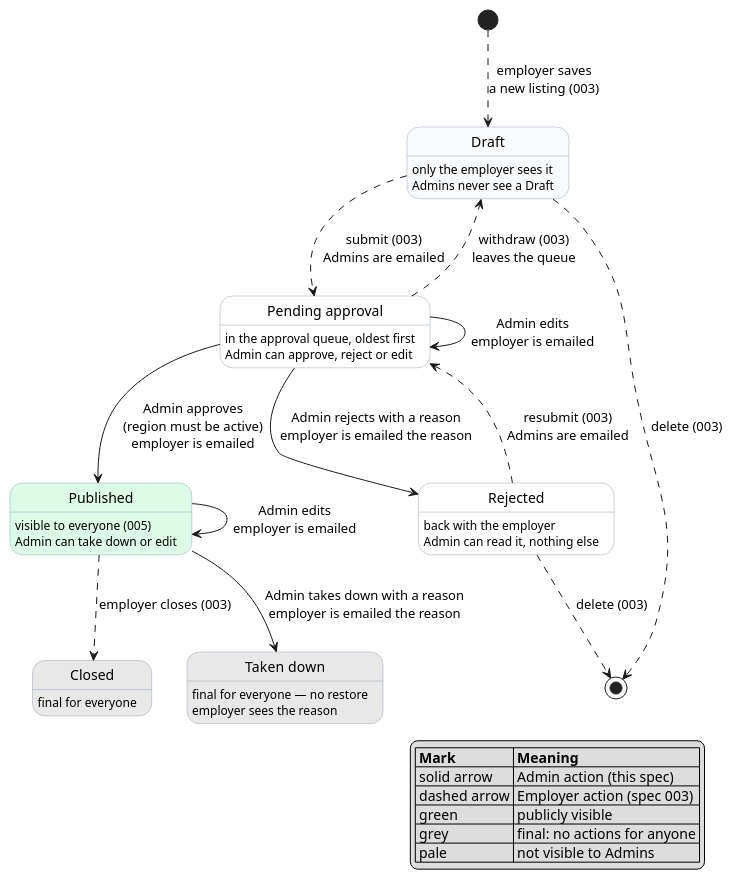
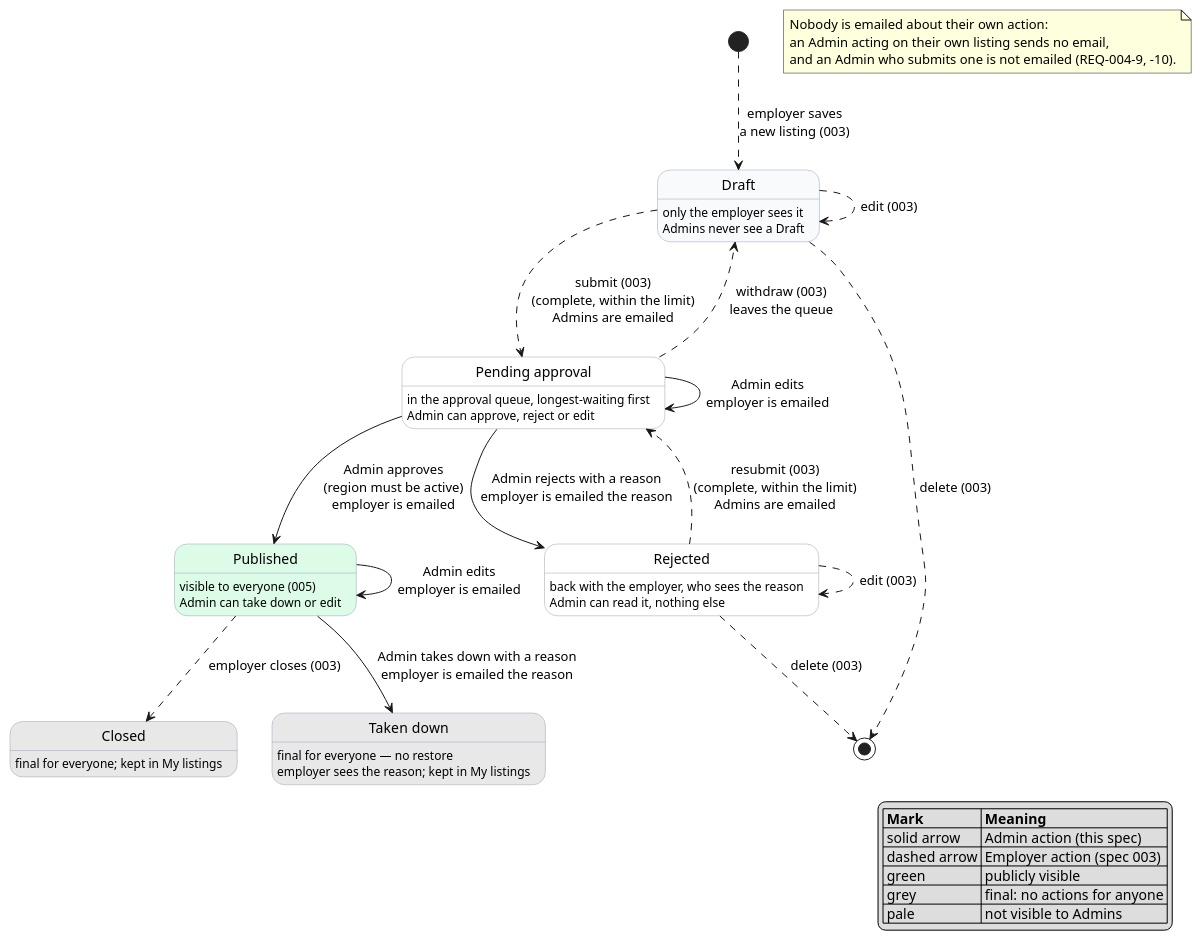
Before and after one commit to raseniero/jairojobs-elixir: the diagram in docs/specs/004-listings-admin-moderation/diagrams/state-listing.puml, drawn with PlantUML. The commit also changed 12 other files, not shown here.

Commit message:
docs(spec 004): align the six diagrams with the requirements after a scenario-by-scenario check

```diff
--- a/docs/specs/004-listings-admin-moderation/diagrams/state-listing.puml
+++ b/docs/specs/004-listings-admin-moderation/diagrams/state-listing.puml
@@ -1,59 +1,67 @@
 @startuml state-listing
 ' Spec 004 — listing lifecycle, extended from spec 003's diagram of the same name.
 ' Must agree with REQ-004-5..8 here and with REQ-003-5..11 in spec 003.
 ' Solid arrows: Admin actions, specified in spec 004.
 ' Dashed arrows: Employer actions, specified in spec 003 (drawn here so the picture is whole).
 
 hide empty description
 skinparam state {
   BackgroundColor white
   BackgroundColor<<public>> #dcfce7
   BackgroundColor<<done>> #E8E8E8
   BackgroundColor<<unseen>> #f8fafc
   BorderColor #94a3b8
 }
 
 state "Draft" as Draft <<unseen>>
 state "Pending approval" as Pending
 state "Published" as Published <<public>>
 state "Rejected" as Rejected
 state "Closed" as Closed <<done>>
 state "Taken down" as TakenDown <<done>>
 
 [*] -[dashed]-> Draft : employer saves\na new listing (003)
 Draft : only the employer sees it
 Draft : Admins never see a Draft
-Draft -[dashed]-> Pending : submit (003)\nAdmins are emailed
+Draft -[dashed]-> Draft : edit (003)
+Draft -[dashed]-> Pending : submit (003)\n(complete, within the limit)\nAdmins are emailed
 Draft -[dashed]-> [*] : delete (003)
 
-Pending : in the approval queue, oldest first
+Pending : in the approval queue, longest-waiting first
 Pending : Admin can approve, reject or edit
 Pending -[dashed]-> Draft : withdraw (003)\nleaves the queue
 Pending --> Published : Admin approves\n(region must be active)\nemployer is emailed
 Pending --> Rejected : Admin rejects with a reason\nemployer is emailed the reason
 Pending --> Pending : Admin edits\nemployer is emailed
 
-Rejected : back with the employer
+Rejected : back with the employer, who sees the reason
 Rejected : Admin can read it, nothing else
-Rejected -[dashed]-> Pending : resubmit (003)\nAdmins are emailed
+Rejected -[dashed]-> Rejected : edit (003)
+Rejected -[dashed]-> Pending : resubmit (003)\n(complete, within the limit)\nAdmins are emailed
 Rejected -[dashed]-> [*] : delete (003)
 
 Published : visible to everyone (005)
 Published : Admin can take down or edit
 Published -[dashed]-> Closed : employer closes (003)
 Published --> TakenDown : Admin takes down with a reason\nemployer is emailed the reason
 Published --> Published : Admin edits\nemployer is emailed
 
-Closed : final for everyone
+Closed : final for everyone; kept in My listings
 TakenDown : final for everyone — no restore
-TakenDown : employer sees the reason
+TakenDown : employer sees the reason; kept in My listings
 
 legend right
   |= Mark |= Meaning |
   | solid arrow | Admin action (this spec) |
   | dashed arrow | Employer action (spec 003) |
   | green | publicly visible |
   | grey | final: no actions for anyone |
   | pale | not visible to Admins |
 endlegend
+
+note as N1
+  Nobody is emailed about their own action:
+  an Admin acting on their own listing sends no email,
+  and an Admin who submits one is not emailed (REQ-004-9, -10).
+end note
 @enduml
```
